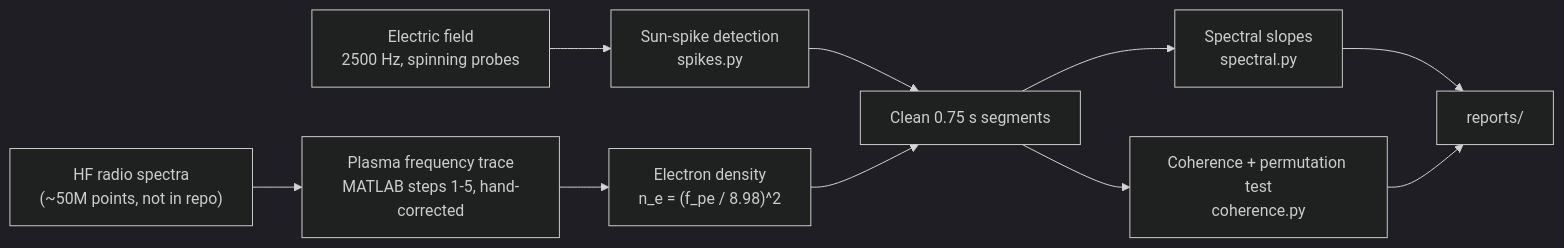
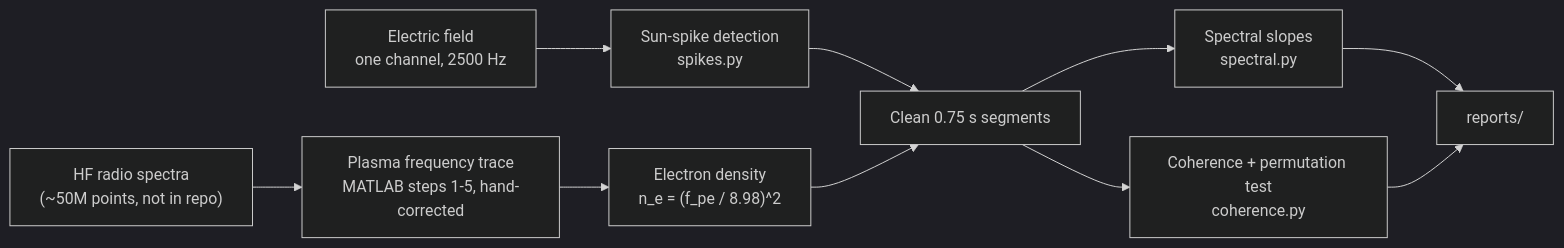
Before and after one commit to valentim7/plasma_physics: the diagram in README.md, drawn with Mermaid (dark theme). The commit also changed other lines of this file and 6 other files, not shown here.

````diff
--- a/README.md
+++ b/README.md
@@ -31,12 +31,12 @@
 ```mermaid
 flowchart LR
     HF["HF radio spectra<br/>(~50M points, not in repo)"] --> PF["Plasma frequency trace<br/>MATLAB steps 1-5, hand-corrected"]
     PF --> NE["Electron density<br/>n_e = (f_pe / 8.98)^2"]
-    EF["Electric field<br/>2500 Hz, spinning probes"] --> SP["Sun-spike detection<br/>spikes.py"]
+    EF["Electric field<br/>one channel, 2500 Hz"] --> SP["Sun-spike detection<br/>spikes.py"]
     SP --> SEG["Clean 0.75 s segments"]
     NE --> SEG
     SEG --> SL["Spectral slopes<br/>spectral.py"]
     SEG --> CO["Coherence + permutation test<br/>coherence.py"]
     SL --> R["reports/"]
     CO --> R
 ```
````
